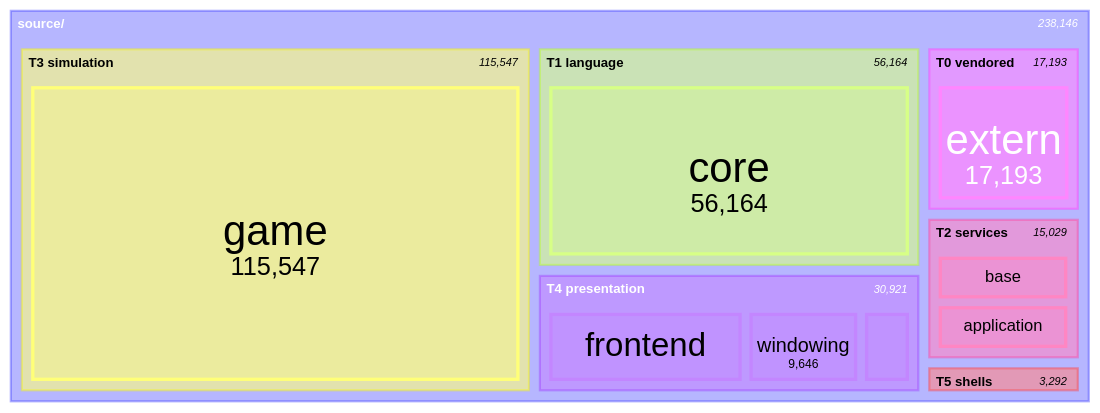
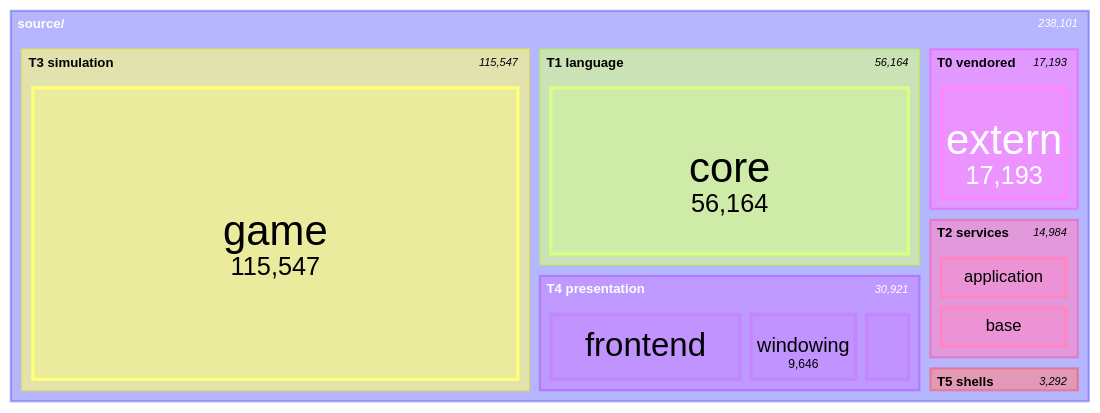
The seventh of 11 diagrams in docs/architecture/system-boundaries.md (apnex/OpenStarbound), drawn with Mermaid before and after one commit. The commit also changed other lines of this file and 2 other files, not shown here.

````diff
--- a/docs/architecture/system-boundaries.md
+++ b/docs/architecture/system-boundaries.md
@@ -577,21 +577,21 @@
 ```mermaid
 treemap-beta
 "source/"
     "T0 vendored"
         "extern": 17193
     "T1 language"
         "core": 56164
     "T2 services"
-        "base": 7464
         "application": 7423
+        "base": 7419
         "platform": 142
     "T3 simulation"
         "game": 115547
     "T4 presentation"
         "frontend": 16861
         "windowing": 9646
         "rendering": 4414
     "T5 shells"
         "client": 2509
         "server": 783
 ```
````
